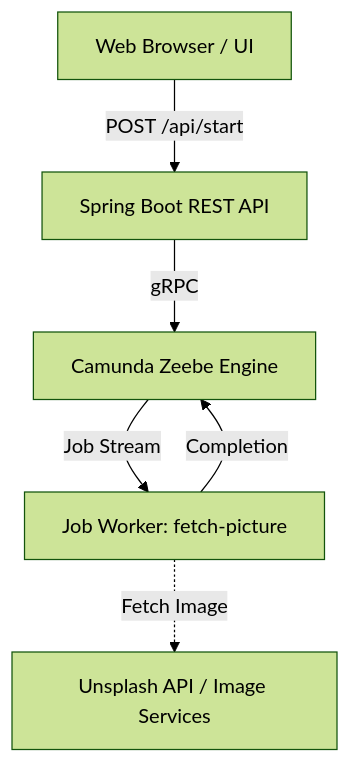
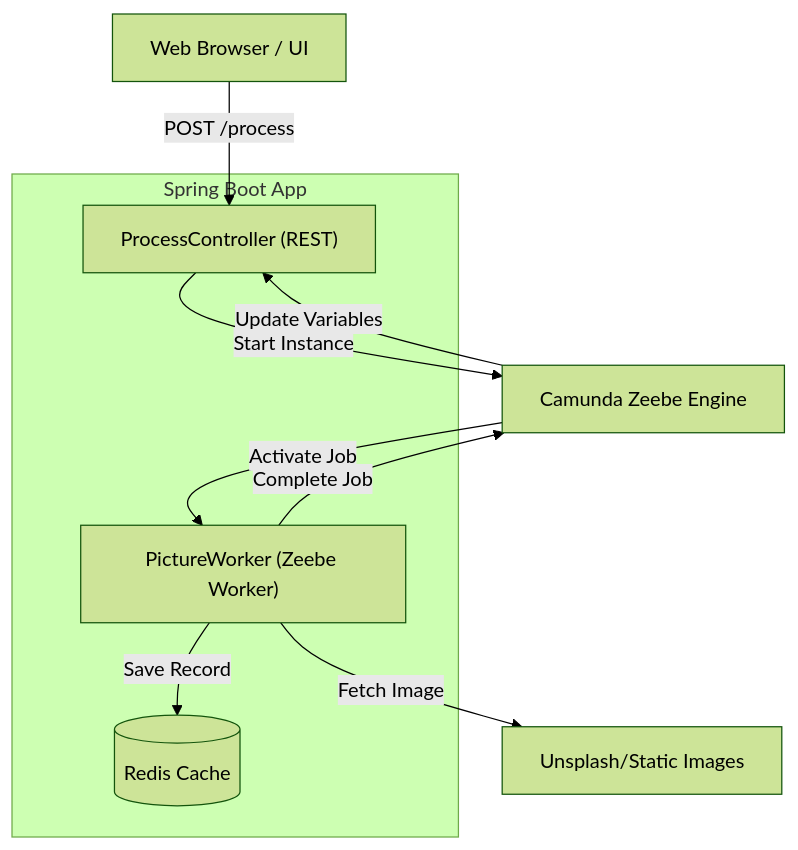
The first of 2 diagrams in architecture.md (saurabhthareja90/camunda-app), drawn with Mermaid (forest theme) before and after one commit. The commit also changed 21 other files, not shown here.

````diff
--- a/architecture.md
+++ b/architecture.md
@@ -9,8 +9,19 @@
 ```mermaid
 graph TD
-    Client[Web Browser / UI] -->|POST /api/start| API[Spring Boot REST API]
-    API -->|gRPC| Zeebe[Camunda Zeebe Engine]
-    Zeebe -->|Job Stream| Worker[Job Worker: fetch-picture]
-    Worker -->|Completion| Zeebe
-    Worker -.->|Fetch Image| Unsplash[Unsplash API / Image Services]
+    User[Web Browser / UI]
+    ZC[Camunda Zeebe Engine]
+
+    subgraph App ["Spring Boot App"]
+        PC["ProcessController (REST)"]
+        PW["PictureWorker (Zeebe Worker)"]
+        REDIS[("Redis Cache")]
+    end
+
+    User -->|POST /process| PC
+    PC -->|Start Instance| ZC
+    ZC -->|Activate Job| PW
+    PW -->|Fetch Image| Unsplash["Unsplash/Static Images"]
+    PW -->|Save Record| REDIS
+    PW -->|Complete Job| ZC
+    ZC -->|Update Variables| PC
 ```
````
